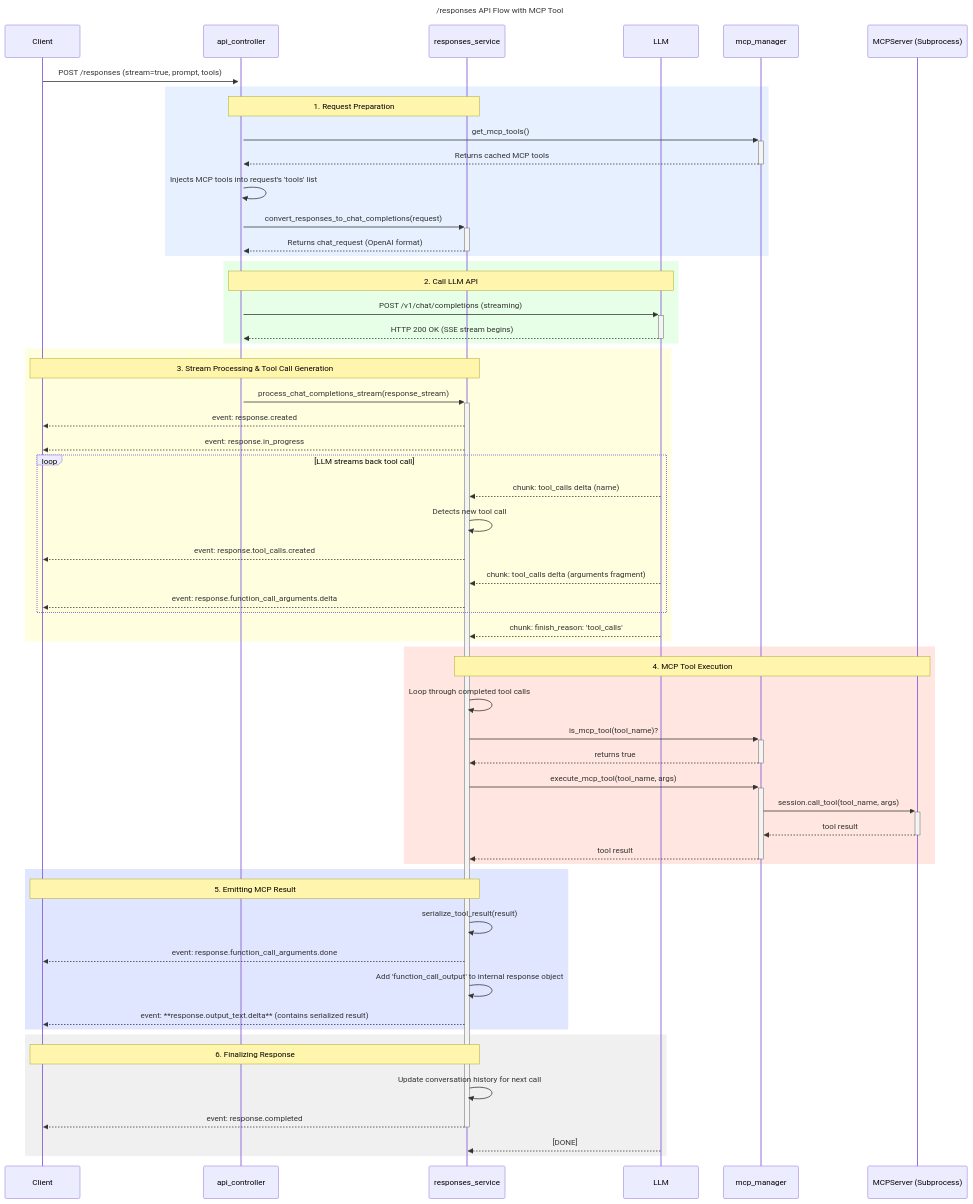
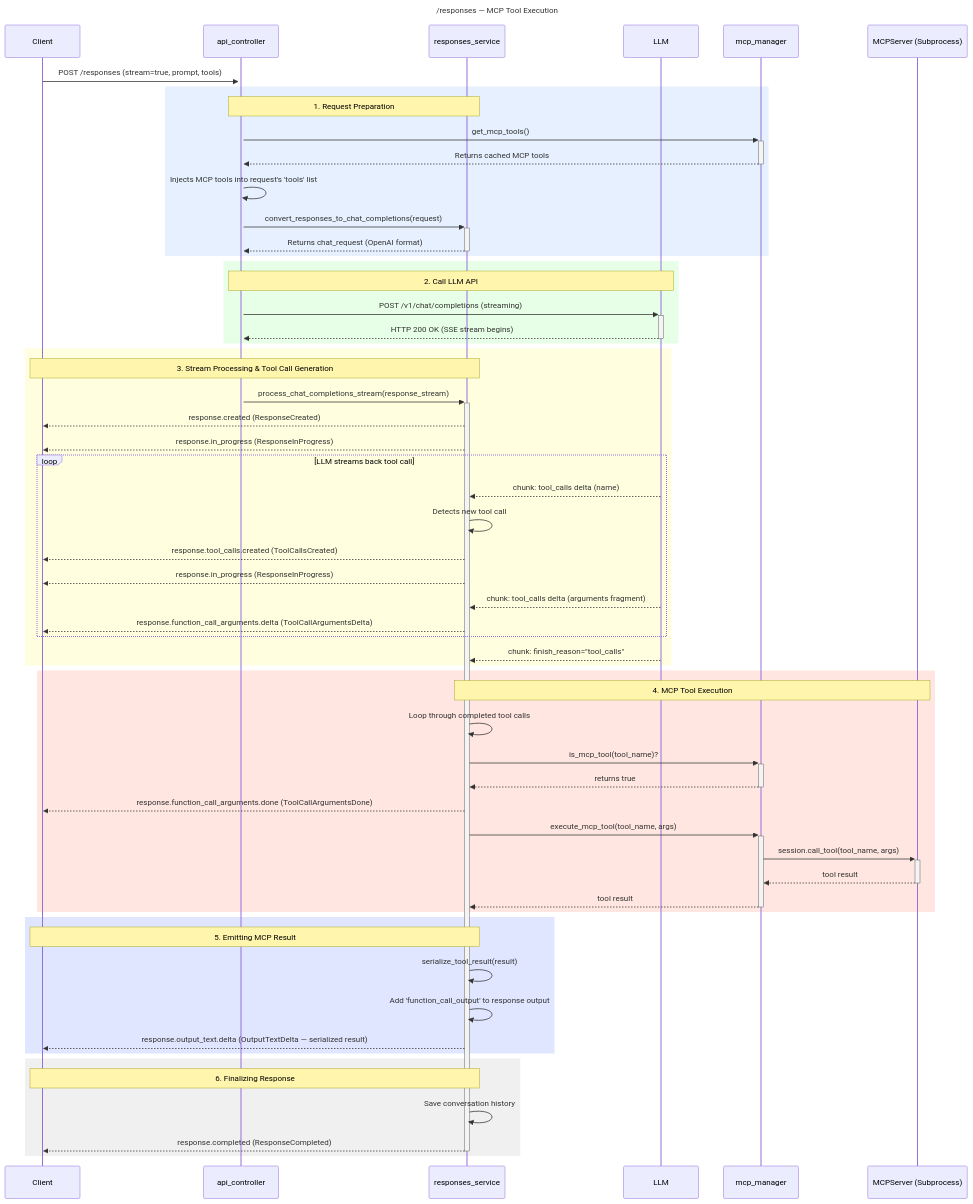
Before and after one commit to teabranch/open-responses-server: the second of 4 diagrams in docs/responses_flow.md, drawn with Mermaid. The commit also changed other lines of this file and 16 other files, not shown here.

First line of the commit message:
docs: refresh architecture, add event system docs, Jekyll cream theme, and skills

````diff
--- a/docs/responses_flow.md
+++ b/docs/responses_flow.md
@@ -5,74 +49,75 @@
 ```mermaid
 sequenceDiagram
-    title /responses API Flow with MCP Tool
+    title /responses — MCP Tool Execution
 
     participant Client
     participant AC as api_controller
     participant RS as responses_service
     participant LLM
     participant MCPM as mcp_manager
     participant MCPS as MCPServer (Subprocess)
 
     Client->>+AC: POST /responses (stream=true, prompt, tools)
-    
+
     rect rgb(230, 240, 255)
         note over AC, RS: 1. Request Preparation
         AC->>+MCPM: get_mcp_tools()
         MCPM-->>-AC: Returns cached MCP tools
         AC->>AC: Injects MCP tools into request's 'tools' list
 
         AC->>+RS: convert_responses_to_chat_completions(request)
         RS-->>-AC: Returns chat_request (OpenAI format)
     end
 
     rect rgb(230, 255, 230)
         note over AC, LLM: 2. Call LLM API
         AC->>+LLM: POST /v1/chat/completions (streaming)
         LLM-->>-AC: HTTP 200 OK (SSE stream begins)
     end
 
     rect rgb(255, 255, 224)
         note over RS, Client: 3. Stream Processing & Tool Call Generation
         AC->>+RS: process_chat_completions_stream(response_stream)
-        RS-->>Client: event: response.created
-        RS-->>Client: event: response.in_progress
+        RS-->>Client: response.created (ResponseCreated)
+        RS-->>Client: response.in_progress (ResponseInProgress)
 
         loop LLM streams back tool call
             LLM-->>RS: chunk: tool_calls delta (name)
             RS->>RS: Detects new tool call
-            RS-->>Client: event: response.tool_calls.created
+            RS-->>Client: response.tool_calls.created (ToolCallsCreated)
+            RS-->>Client: response.in_progress (ResponseInProgress)
 
             LLM-->>RS: chunk: tool_calls delta (arguments fragment)
-            RS-->>Client: event: response.function_call_arguments.delta
+            RS-->>Client: response.function_call_arguments.delta (ToolCallArgumentsDelta)
         end
 
-        LLM-->>RS: chunk: finish_reason: 'tool_calls'
+        LLM-->>RS: chunk: finish_reason="tool_calls"
     end
 
     rect rgb(255, 230, 224)
         note over RS, MCPS: 4. MCP Tool Execution
         RS->>RS: Loop through completed tool calls
         RS->>+MCPM: is_mcp_tool(tool_name)?
         MCPM-->>-RS: returns true
+
+        RS-->>Client: response.function_call_arguments.done (ToolCallArgumentsDone)
 
         RS->>+MCPM: execute_mcp_tool(tool_name, args)
         MCPM->>+MCPS: session.call_tool(tool_name, args)
         MCPS-->>-MCPM: tool result
         MCPM-->>-RS: tool result
     end
 
     rect rgb(224, 230, 255)
         note over RS, Client: 5. Emitting MCP Result
         RS->>RS: serialize_tool_result(result)
-        RS-->>Client: event: response.function_call_arguments.done
-        RS->>RS: Add 'function_call_output' to internal response object
-        RS-->>Client: event: **response.output_text.delta** (contains serialized result)
+        RS->>RS: Add 'function_call_output' to response output
+        RS-->>Client: response.output_text.delta (OutputTextDelta — serialized result)
     end
 
     rect rgb(240, 240, 240)
         note over RS, Client: 6. Finalizing Response
-        RS->>RS: Update conversation history for next call
-        RS-->>-Client: event: response.completed
-        LLM-->>RS: [DONE]
+        RS->>RS: Save conversation history
+        RS-->>-Client: response.completed (ResponseCompleted)
     end
-``` 
+```
````
